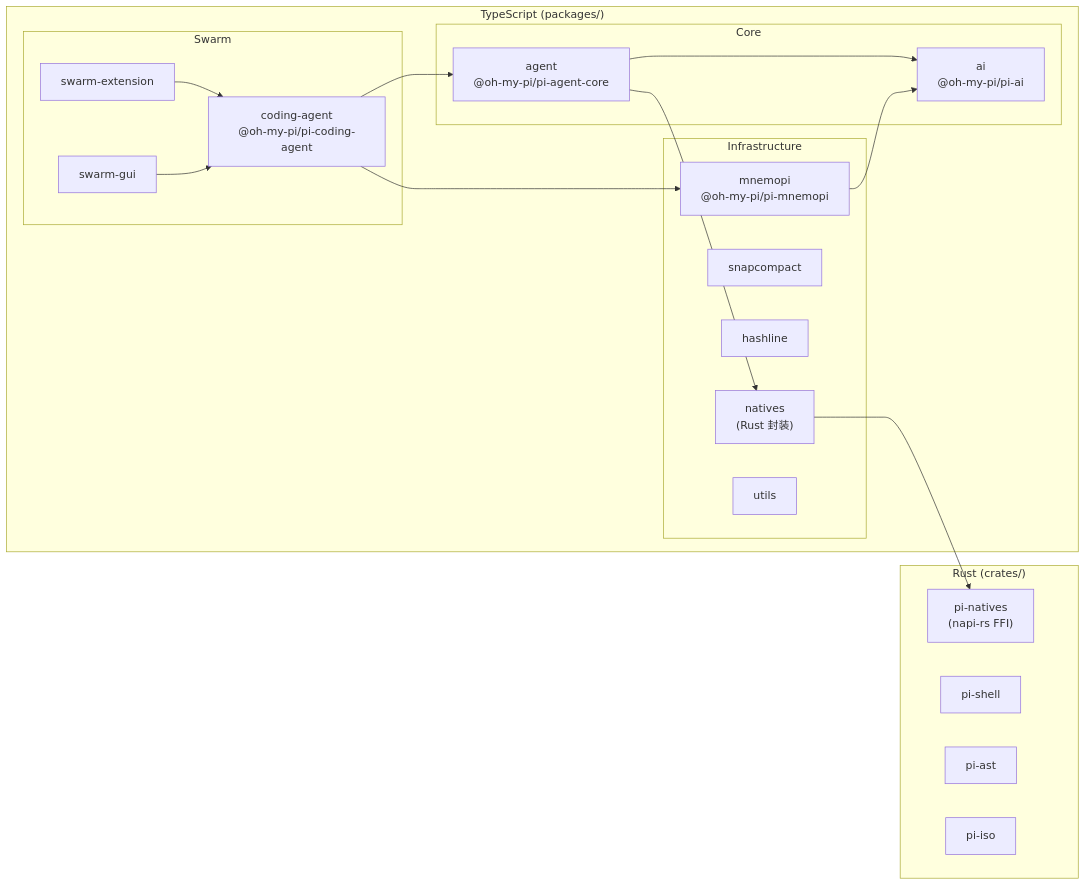
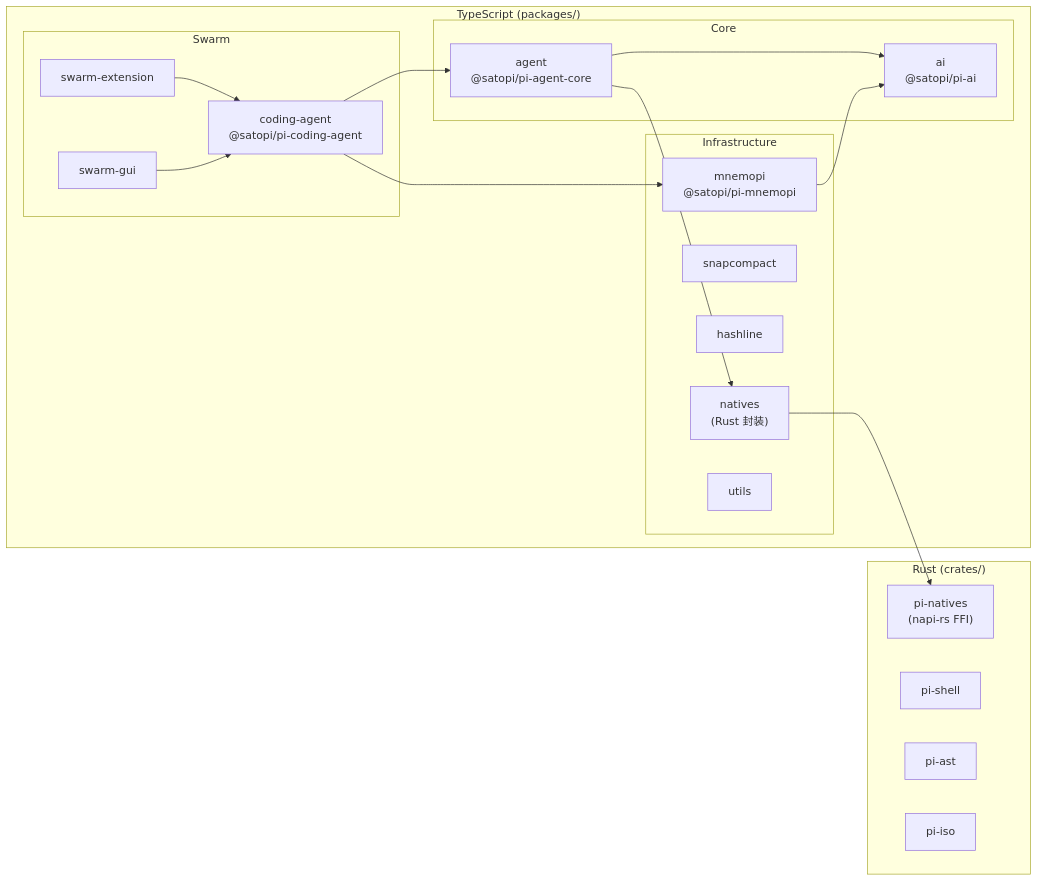
Before and after one commit to VikingShow/SatoPi: the second of 2 diagrams in docs/archive/satopi-architecture-analysis.md, drawn with Mermaid. The commit also changed other lines of this file and 128 other files, not shown here.

````diff
--- a/docs/archive/satopi-architecture-analysis.md
+++ b/docs/archive/satopi-architecture-analysis.md
@@ -167,39 +167,39 @@
 ```mermaid
 graph LR
     subgraph "Rust (crates/)"
         pi-natives["pi-natives<br/>(napi-rs FFI)"]
         pi-shell["pi-shell"]
         pi-ast["pi-ast"]
         pi-iso["pi-iso"]
     end
 
     subgraph "TypeScript (packages/)"
         subgraph "Core"
-            agent["agent<br/>@oh-my-pi/pi-agent-core"]
-            ai["ai<br/>@oh-my-pi/pi-ai"]
+            agent["agent<br/>@satopi/pi-agent-core"]
+            ai["ai<br/>@satopi/pi-ai"]
         end
 
         subgraph "Swarm"
-            coding["coding-agent<br/>@oh-my-pi/pi-coding-agent"]
+            coding["coding-agent<br/>@satopi/pi-coding-agent"]
             swarm-ext["swarm-extension"]
             swarm-gui["swarm-gui"]
         end
 
         subgraph "Infrastructure"
-            mnemopi["mnemopi<br/>@oh-my-pi/pi-mnemopi"]
+            mnemopi["mnemopi<br/>@satopi/pi-mnemopi"]
             snapcompact["snapcompact"]
             hashline["hashline"]
             natives["natives<br/>(Rust 封装)"]
             utils["utils"]
         end
     end
 
     natives --> pi-natives
     agent --> ai
     agent --> natives
     coding --> agent
     coding --> mnemopi
     swarm-ext --> coding
     swarm-gui --> coding
     mnemopi --> ai
 ```
````
